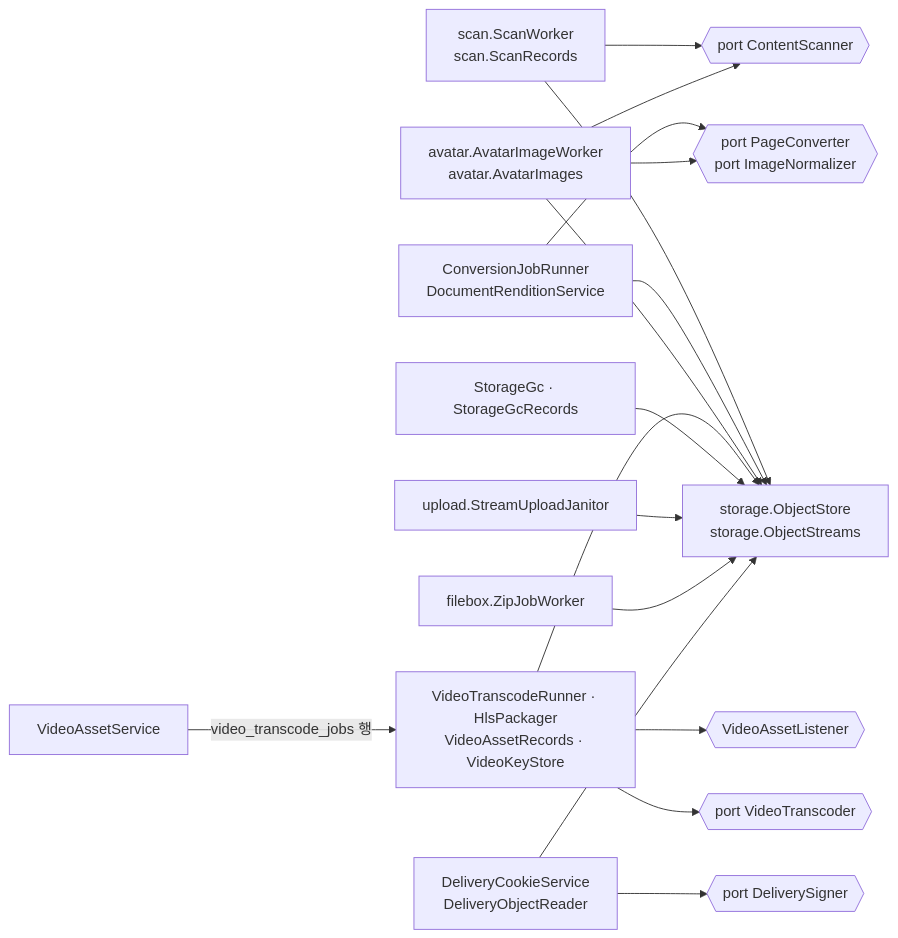
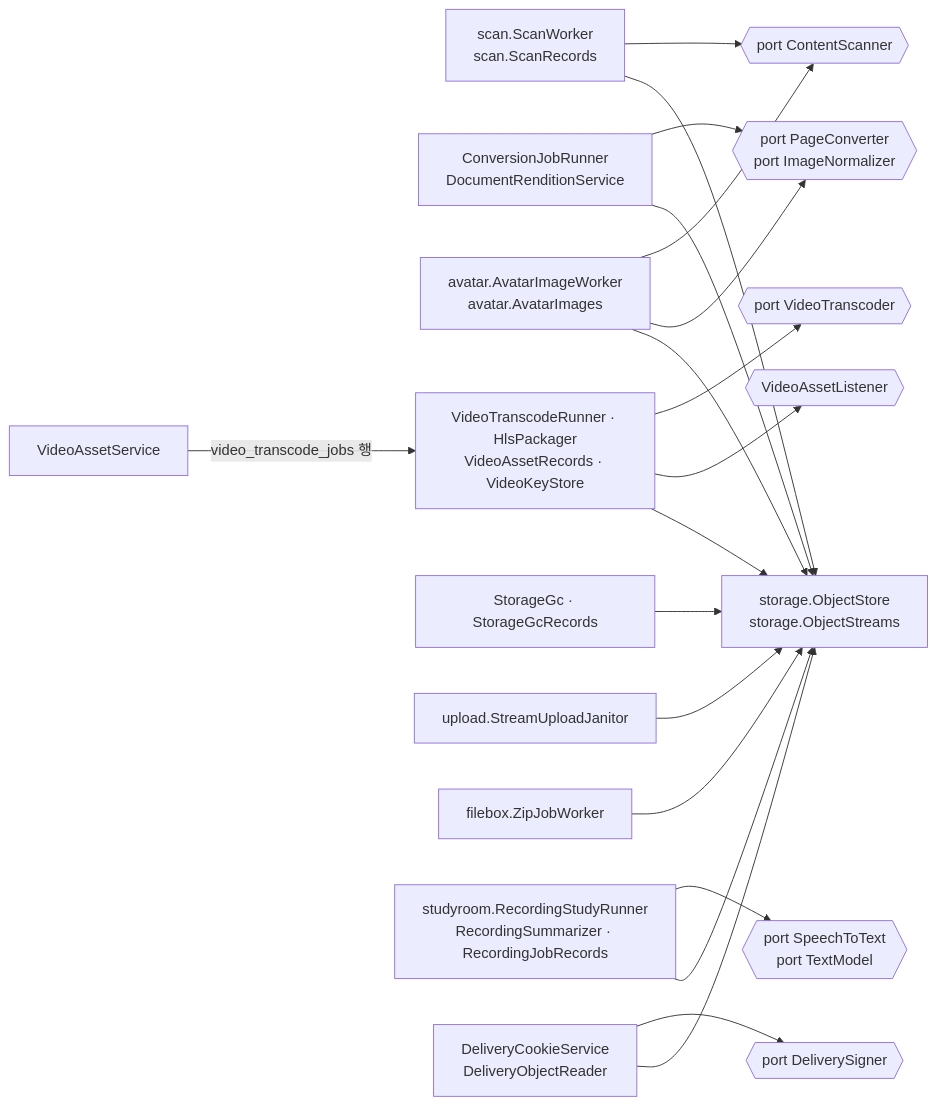
One commit to 2026ENDPoinT/team13 changed diagram 12 of 18 in backend/docs/c4.md. Above: the diagram before and after it, drawn with Mermaid. The commit also changed other lines of this file and 32 other files, not shown here.

````diff
--- a/backend/docs/c4.md
+++ b/backend/docs/c4.md
@@ -487,26 +490,29 @@
 ```mermaid
 flowchart LR
   SCAN["scan.ScanWorker<br/>scan.ScanRecords"]
   CONV["ConversionJobRunner<br/>DocumentRenditionService"]
   AVW["avatar.AvatarImageWorker<br/>avatar.AvatarImages"]
   VAS["VideoAssetService"]
   VID["VideoTranscodeRunner · HlsPackager<br/>VideoAssetRecords · VideoKeyStore"]
   GC["StorageGc · StorageGcRecords"]
   JAN["upload.StreamUploadJanitor"]
   ZIP["filebox.ZipJobWorker"]
+  RS["studyroom.RecordingStudyRunner<br/>RecordingSummarizer · RecordingJobRecords"]
   DCS["DeliveryCookieService<br/>DeliveryObjectReader"]
   OS["storage.ObjectStore<br/>storage.ObjectStreams"]
   P1{{"port ContentScanner"}}
   P2{{"port PageConverter<br/>port ImageNormalizer"}}
   P3{{"port VideoTranscoder"}}
   P4{{"port DeliverySigner"}}
+  P5{{"port SpeechToText<br/>port TextModel"}}
+  RS --> P5
   L{{"VideoAssetListener"}}
   SCAN --> P1
   CONV --> P2
   AVW --> P1 & P2
   VAS -->|"video_transcode_jobs 행"| VID
   VID --> P3
   VID --> L
   DCS --> P4
-  SCAN & CONV & AVW & VID & GC & JAN & ZIP & DCS --> OS
+  SCAN & CONV & AVW & VID & GC & JAN & ZIP & DCS & RS --> OS
 ```
````
